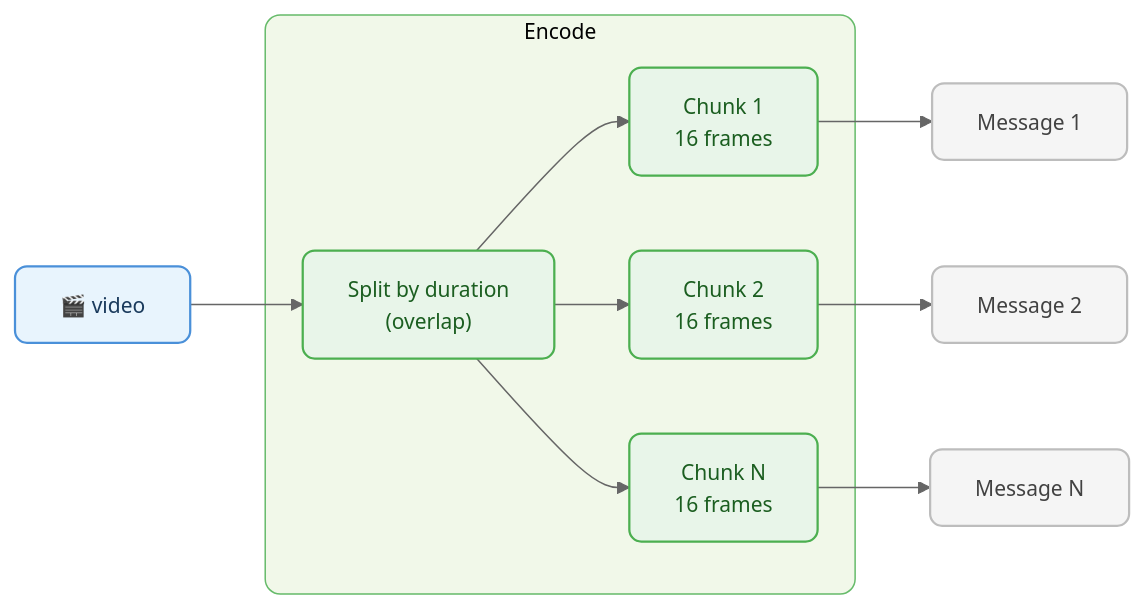
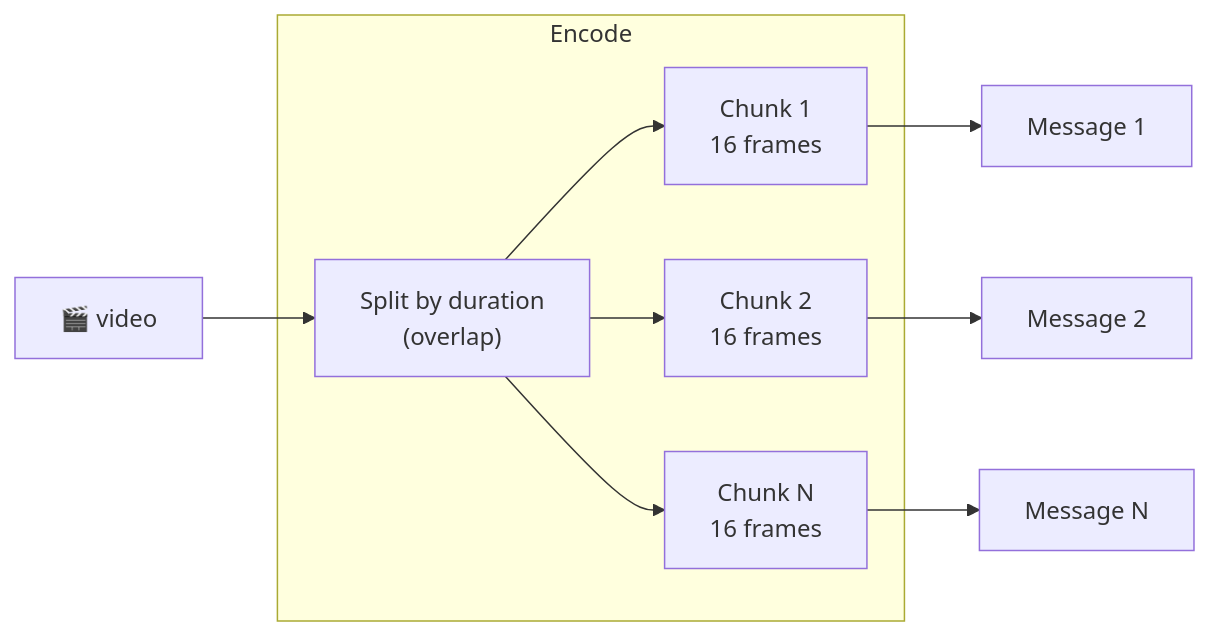
One commit to vlm-run/mm changed the sixth of 17 diagrams in docs/ENCODERS.md. Above: the diagram before and after it, drawn with Mermaid. The commit also changed other lines of this file and 3 other files, not shown here.

````diff
--- a/docs/ENCODERS.md
+++ b/docs/ENCODERS.md
@@ -172,27 +137,20 @@
 ```mermaid
-%%{init: {'theme': 'base', 'themeVariables': { 'fontSize': '14px', 'primaryColor': '#e8f4fd', 'primaryBorderColor': '#4a90d9', 'lineColor': '#666'}}}%%
 graph LR
-  video["🎬 video"]:::input
+  video["🎬 video"]
 
   subgraph encode ["Encode"]
-    split["Split by duration\n(overlap)"]:::encode
-    c1["Chunk 1\n16 frames"]:::encode
-    c2["Chunk 2\n16 frames"]:::encode
-    c3["Chunk N\n16 frames"]:::encode
+    split["Split by duration\n(overlap)"]
+    c1["Chunk 1\n16 frames"]
+    c2["Chunk 2\n16 frames"]
+    c3["Chunk N\n16 frames"]
   end
 
-  m1["Message 1"]:::output
-  m2["Message 2"]:::output
-  m3["Message N"]:::output
+  m1["Message 1"]
+  m2["Message 2"]
+  m3["Message N"]
 
   video --> split
   split --> c1 --> m1
   split --> c2 --> m2
   split --> c3 --> m3
-
-  classDef input fill:#e8f4fd,stroke:#4a90d9,stroke-width:1.5px,color:#1a3a5c,rx:8
-  classDef encode fill:#e8f5e9,stroke:#4caf50,stroke-width:1.5px,color:#1b5e20,rx:8
-  classDef output fill:#f5f5f5,stroke:#bdbdbd,stroke-width:1.5px,color:#424242,rx:8
-
-  style encode fill:#f1f8e9,stroke:#66bb6a,stroke-width:1px,rx:10
 ```
````
